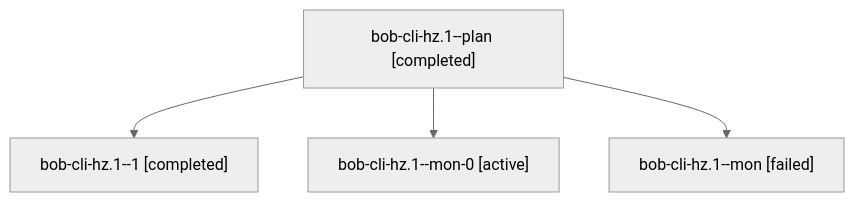
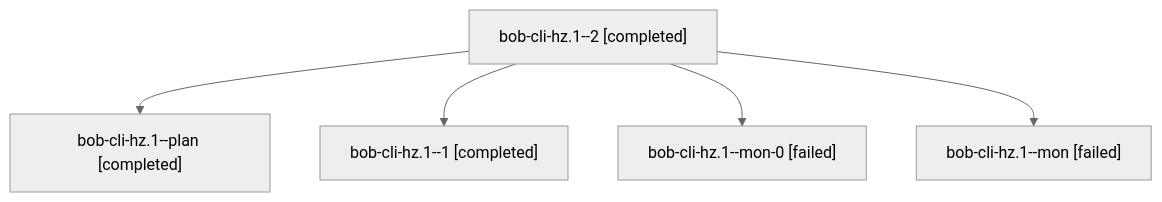
Before and after one commit to bobs-org/bob-cli--agents: the diagram in sessions/bbugyi200.athena.bob-cli-hz.1.md, drawn with Mermaid (neutral theme). The commit also changed other lines of this file and 82 other files, not shown here.

````diff
--- a/sessions/bbugyi200.athena.bob-cli-hz.1.md
+++ b/sessions/bbugyi200.athena.bob-cli-hz.1.md
@@ -9,10 +9,12 @@
 ```mermaid
 flowchart TD
-  n0["bob-cli-hz.1--plan [completed]"]
-  n1["bob-cli-hz.1--1 [completed]"]
+  n0["bob-cli-hz.1--2 [completed]"]
+  n1["bob-cli-hz.1--plan [completed]"]
   n0 --> n1
-  n2["bob-cli-hz.1--mon-0 [active]"]
+  n2["bob-cli-hz.1--1 [completed]"]
   n0 --> n2
-  n3["bob-cli-hz.1--mon [failed]"]
+  n3["bob-cli-hz.1--mon-0 [failed]"]
   n0 --> n3
+  n4["bob-cli-hz.1--mon [failed]"]
+  n0 --> n4
 ```
````
